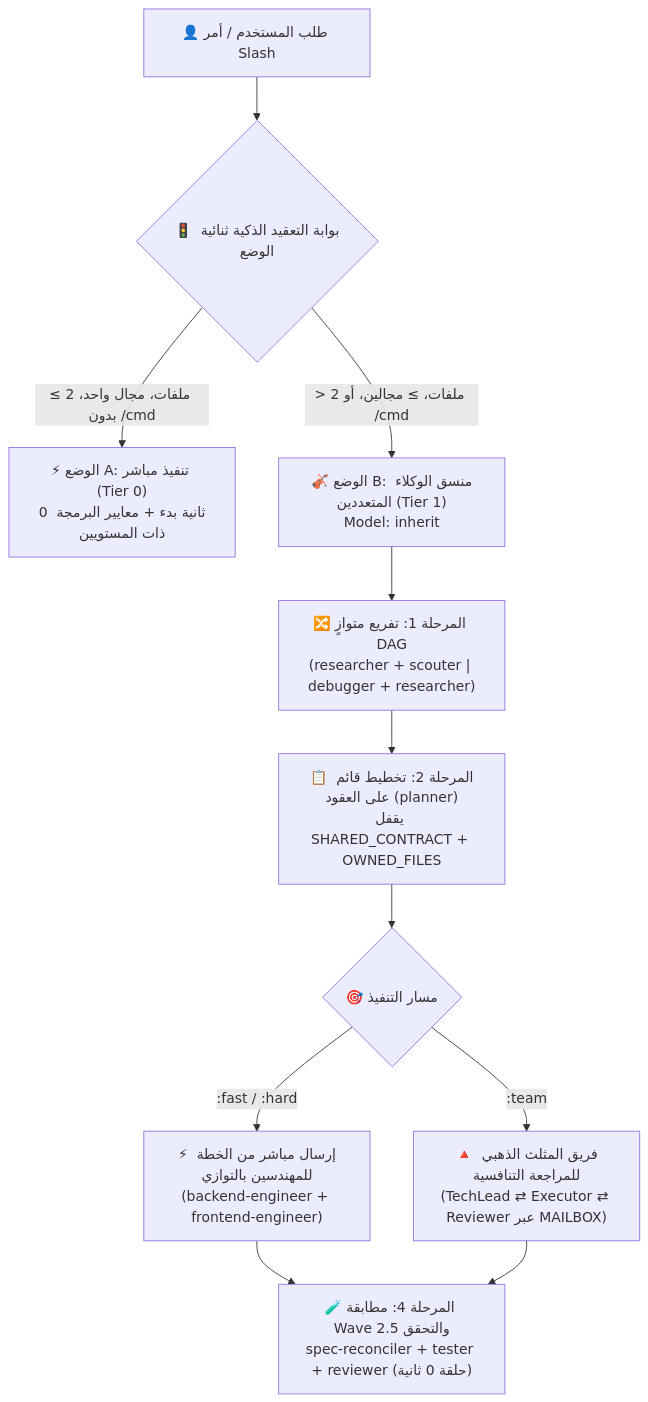
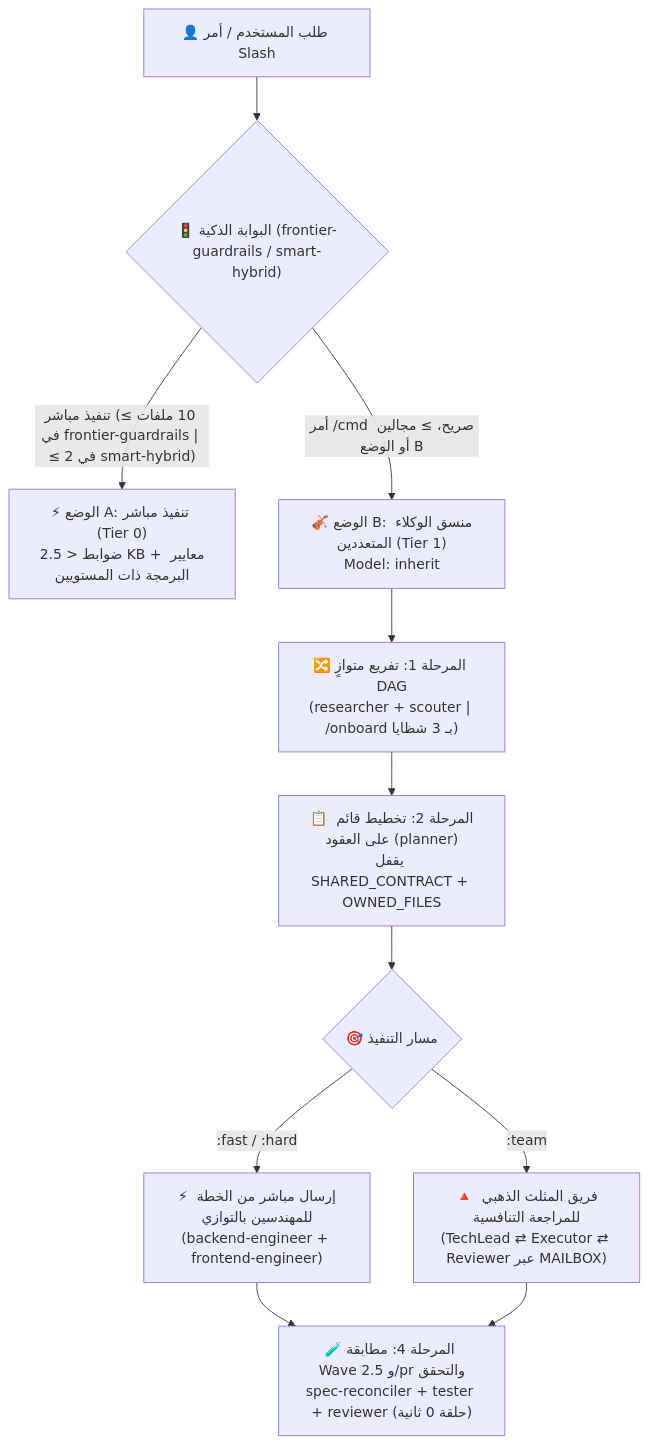
One commit to Kennyboom/BoomOpen-Workflow-Kit-Pro changed the diagram in i18n/README.ar.md. Above: the diagram before and after it, drawn with Mermaid. The commit also changed other lines of this file and 99 other files, not shown here.

````diff
--- a/i18n/README.ar.md
+++ b/i18n/README.ar.md
@@ -49,16 +59,16 @@
 ```mermaid
 flowchart TD
-    User["👤 طلب المستخدم / أمر Slash"] --> Gate{"🚦 بوابة التعقيد الذكية ثنائية الوضع"}
-    Gate -->|"≤ 2 ملفات، مجال واحد، بدون /cmd"| ModeA["⚡ الوضع A: تنفيذ مباشر (Tier 0)<br/>0 ثانية بدء + معايير البرمجة ذات المستويين"]
-    Gate -->|"> 2 ملفات، ≥ مجالين، أو /cmd"| ModeB["🎻 الوضع B: منسق الوكلاء المتعددين (Tier 1)<br/>Model: inherit"]
+    User["👤 طلب المستخدم / أمر Slash"] --> Gate{"🚦 البوابة الذكية (frontier-guardrails / smart-hybrid)"}
+    Gate -->|"تنفيذ مباشر (≤ 10 ملفات في frontier-guardrails | ≤ 2 في smart-hybrid)"| ModeA["⚡ الوضع A: تنفيذ مباشر (Tier 0)<br/>ضوابط < 2.5 KB + معايير البرمجة ذات المستويين"]
+    Gate -->|"أمر /cmd صريح، ≥ مجالين أو الوضع B"| ModeB["🎻 الوضع B: منسق الوكلاء المتعددين (Tier 1)<br/>Model: inherit"]
 
-    ModeB --> FanOut["🔀 المرحلة 1: تفريع متوازٍ DAG<br/>(researcher + scouter | debugger + researcher)"]
+    ModeB --> FanOut["🔀 المرحلة 1: تفريع متوازٍ DAG<br/>(researcher + scouter | /onboard بـ 3 شظايا)"]
     FanOut --> Plan["📋 المرحلة 2: تخطيط قائم على العقود (planner)<br/>يقفل SHARED_CONTRACT + OWNED_FILES"]
     Plan --> Dispatch{"🎯 مسار التنفيذ"}
 
     Dispatch -->|":fast / :hard"| Direct["⚡ إرسال مباشر من الخطة للمهندسين بالتوازي<br/>(backend-engineer + frontend-engineer)"]
     Dispatch -->|":team"| Triangle["🔺 فريق المثلث الذهبي للمراجعة التنافسية<br/>(TechLead ⇄ Executor ⇄ Reviewer عبر MAILBOX)"]
 
-    Direct --> Verify["🧪 المرحلة 4: مطابقة Wave 2.5 والتحقق<br/>spec-reconciler + tester + reviewer (حلقة 0 ثانية)"]
+    Direct --> Verify["🧪 المرحلة 4: مطابقة Wave 2.5 و/pr والتحقق<br/>spec-reconciler + tester + reviewer (حلقة 0 ثانية)"]
     Triangle --> Verify
 ```
````
